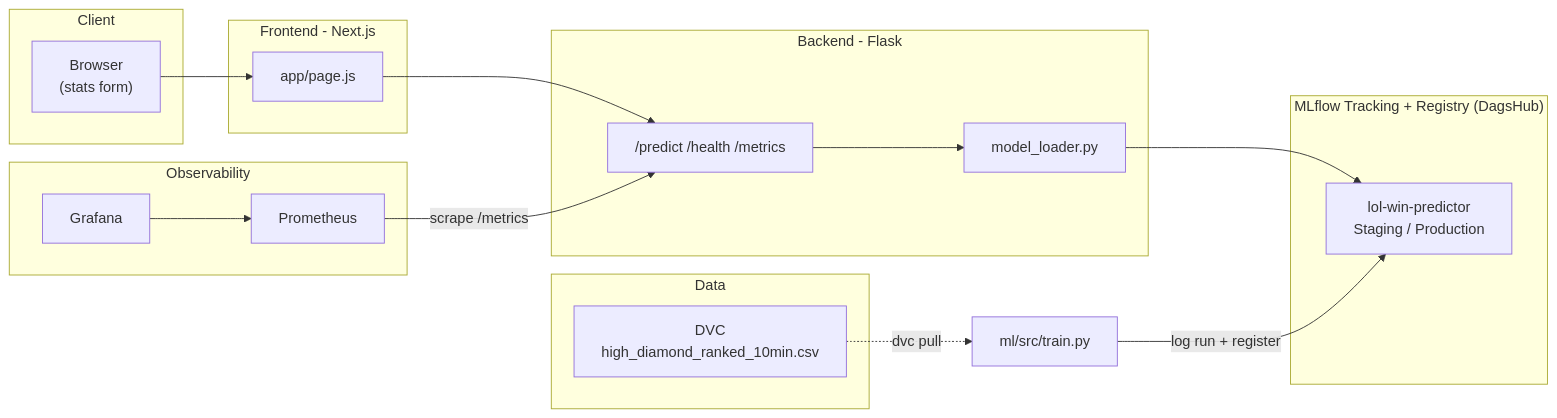
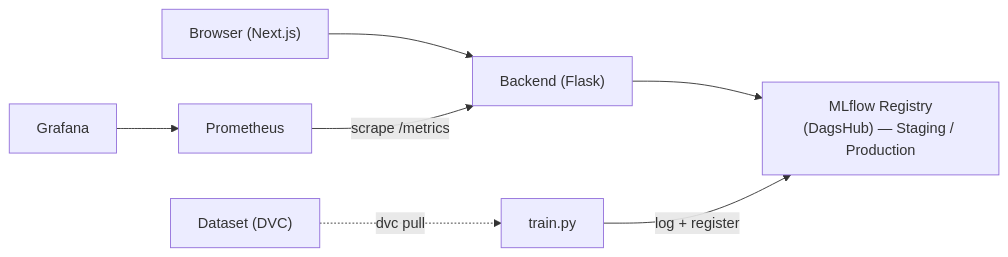
The diagram in README.md (wassimdjenane344/league-win-predictor), drawn with Mermaid before and after one commit. The commit also changed other lines of this file, not shown here.

````diff
--- a/README.md
+++ b/README.md
@@ -38,35 +16,8 @@
 ```mermaid
 flowchart LR
-    subgraph Client
-        Browser["Browser\n(stats form)"]
-    end
-
-    subgraph Frontend["Frontend - Next.js"]
-        UI["app/page.js"]
-    end
-
-    subgraph Backend["Backend - Flask"]
-        API["/predict /health /metrics"]
-        Loader["model_loader.py"]
-    end
-
-    subgraph MLflow["MLflow Tracking + Registry (DagsHub)"]
-        Reg["lol-win-predictor\nStaging / Production"]
-    end
-
-    subgraph Data["Data"]
-        DVC["DVC\nhigh_diamond_ranked_10min.csv"]
-    end
-
-    subgraph Obs["Observability"]
-        Prom["Prometheus"]
-        Graf["Grafana"]
-    end
-
-    Browser --> UI --> API
-    API --> Loader --> Reg
-    DVC -.->|"dvc pull"| Train["ml/src/train.py"]
-    Train -->|"log run + register"| Reg
-    Prom -->|"scrape /metrics"| API
-    Graf --> Prom
+    User["Browser (Next.js)"] --> API["Backend (Flask)"]
+    API --> Reg["MLflow Registry\n(DagsHub) — Staging / Production"]
+    Data["Dataset (DVC)"] -.->|dvc pull| Train["train.py"] -->|log + register| Reg
+    Prom["Prometheus"] -->|scrape /metrics| API
+    Graf["Grafana"] --> Prom
 ```
````
